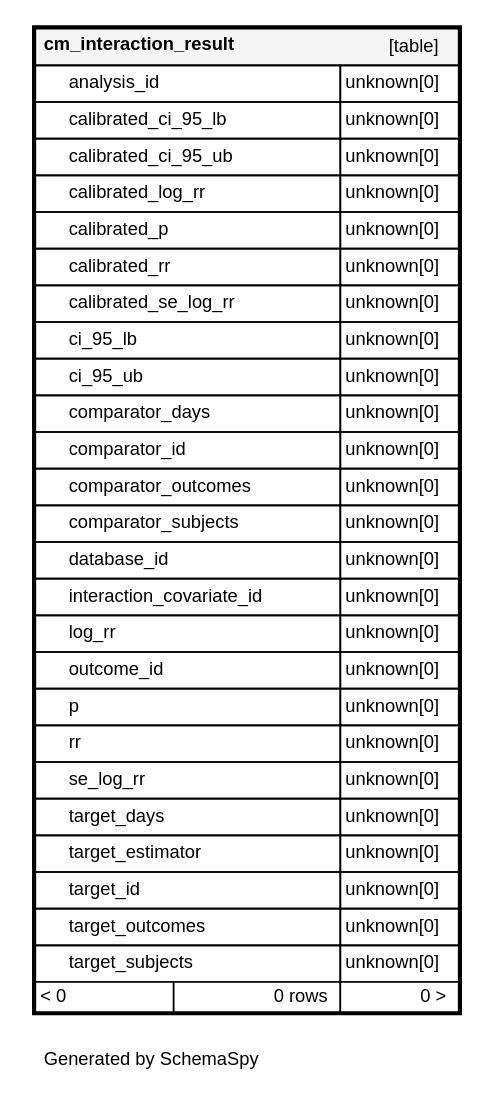
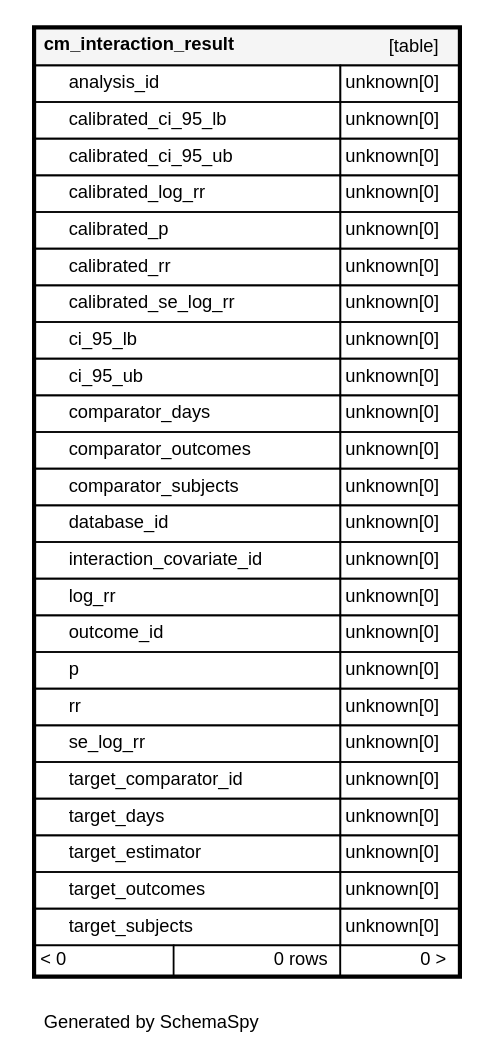
One commit to OHDSI/Strategus changed the diagram in results-schema/diagrams/tables/cm_interaction_result.1degree.dot. Above: the diagram before and after it, drawn with Graphviz. The commit also changed 488 other files, not shown here.

```diff
--- a/results-schema/diagrams/tables/cm_interaction_result.1degree.dot
+++ b/results-schema/diagrams/tables/cm_interaction_result.1degree.dot
@@ -1,38 +1,37 @@
 digraph "oneDegreeRelationshipsDiagram" {
   graph [    rankdir="RL"    bgcolor="#ffffff"    label="\nGenerated by SchemaSpy"    labeljust="l"    nodesep="0.18"    ranksep="0.46"    fontname="Helvetica"    fontsize="11"    ration="compress"  ];  node [    fontname="Helvetica"    fontsize="11"    shape="plaintext"  ];  edge [    arrowsize="0.8"  ];
   "cm_interaction_result" [
    label=<
     <TABLE BORDER="2" CELLBORDER="1" CELLSPACING="0" BGCOLOR="#ffffff">
       <TR><TD COLSPAN="4"  BGCOLOR="#f5f5f5"><TABLE BORDER="0" CELLSPACING="0"><TR><TD ALIGN="LEFT" FIXEDSIZE="TRUE" WIDTH="145" HEIGHT="16"><B>cm_interaction_result</B></TD><TD ALIGN="RIGHT">[table]</TD></TR></TABLE></TD></TR>
       <TR><TD PORT="analysis_id" COLSPAN="2" ALIGN="LEFT"><TABLE BORDER="0" CELLSPACING="0" ALIGN="LEFT"><TR ALIGN="LEFT"><TD ALIGN="LEFT" FIXEDSIZE="TRUE" WIDTH="15" HEIGHT="16"></TD><TD ALIGN="LEFT" FIXEDSIZE="TRUE" WIDTH="162" HEIGHT="16">analysis_id</TD></TR></TABLE></TD><TD PORT="analysis_id.type" ALIGN="LEFT">unknown[0]</TD></TR>
       <TR><TD PORT="calibrated_ci_95_lb" COLSPAN="2" ALIGN="LEFT"><TABLE BORDER="0" CELLSPACING="0" ALIGN="LEFT"><TR ALIGN="LEFT"><TD ALIGN="LEFT" FIXEDSIZE="TRUE" WIDTH="15" HEIGHT="16"></TD><TD ALIGN="LEFT" FIXEDSIZE="TRUE" WIDTH="162" HEIGHT="16">calibrated_ci_95_lb</TD></TR></TABLE></TD><TD PORT="calibrated_ci_95_lb.type" ALIGN="LEFT">unknown[0]</TD></TR>
       <TR><TD PORT="calibrated_ci_95_ub" COLSPAN="2" ALIGN="LEFT"><TABLE BORDER="0" CELLSPACING="0" ALIGN="LEFT"><TR ALIGN="LEFT"><TD ALIGN="LEFT" FIXEDSIZE="TRUE" WIDTH="15" HEIGHT="16"></TD><TD ALIGN="LEFT" FIXEDSIZE="TRUE" WIDTH="162" HEIGHT="16">calibrated_ci_95_ub</TD></TR></TABLE></TD><TD PORT="calibrated_ci_95_ub.type" ALIGN="LEFT">unknown[0]</TD></TR>
       <TR><TD PORT="calibrated_log_rr" COLSPAN="2" ALIGN="LEFT"><TABLE BORDER="0" CELLSPACING="0" ALIGN="LEFT"><TR ALIGN="LEFT"><TD ALIGN="LEFT" FIXEDSIZE="TRUE" WIDTH="15" HEIGHT="16"></TD><TD ALIGN="LEFT" FIXEDSIZE="TRUE" WIDTH="162" HEIGHT="16">calibrated_log_rr</TD></TR></TABLE></TD><TD PORT="calibrated_log_rr.type" ALIGN="LEFT">unknown[0]</TD></TR>
       <TR><TD PORT="calibrated_p" COLSPAN="2" ALIGN="LEFT"><TABLE BORDER="0" CELLSPACING="0" ALIGN="LEFT"><TR ALIGN="LEFT"><TD ALIGN="LEFT" FIXEDSIZE="TRUE" WIDTH="15" HEIGHT="16"></TD><TD ALIGN="LEFT" FIXEDSIZE="TRUE" WIDTH="162" HEIGHT="16">calibrated_p</TD></TR></TABLE></TD><TD PORT="calibrated_p.type" ALIGN="LEFT">unknown[0]</TD></TR>
       <TR><TD PORT="calibrated_rr" COLSPAN="2" ALIGN="LEFT"><TABLE BORDER="0" CELLSPACING="0" ALIGN="LEFT"><TR ALIGN="LEFT"><TD ALIGN="LEFT" FIXEDSIZE="TRUE" WIDTH="15" HEIGHT="16"></TD><TD ALIGN="LEFT" FIXEDSIZE="TRUE" WIDTH="162" HEIGHT="16">calibrated_rr</TD></TR></TABLE></TD><TD PORT="calibrated_rr.type" ALIGN="LEFT">unknown[0]</TD></TR>
       <TR><TD PORT="calibrated_se_log_rr" COLSPAN="2" ALIGN="LEFT"><TABLE BORDER="0" CELLSPACING="0" ALIGN="LEFT"><TR ALIGN="LEFT"><TD ALIGN="LEFT" FIXEDSIZE="TRUE" WIDTH="15" HEIGHT="16"></TD><TD ALIGN="LEFT" FIXEDSIZE="TRUE" WIDTH="162" HEIGHT="16">calibrated_se_log_rr</TD></TR></TABLE></TD><TD PORT="calibrated_se_log_rr.type" ALIGN="LEFT">unknown[0]</TD></TR>
       <TR><TD PORT="ci_95_lb" COLSPAN="2" ALIGN="LEFT"><TABLE BORDER="0" CELLSPACING="0" ALIGN="LEFT"><TR ALIGN="LEFT"><TD ALIGN="LEFT" FIXEDSIZE="TRUE" WIDTH="15" HEIGHT="16"></TD><TD ALIGN="LEFT" FIXEDSIZE="TRUE" WIDTH="162" HEIGHT="16">ci_95_lb</TD></TR></TABLE></TD><TD PORT="ci_95_lb.type" ALIGN="LEFT">unknown[0]</TD></TR>
       <TR><TD PORT="ci_95_ub" COLSPAN="2" ALIGN="LEFT"><TABLE BORDER="0" CELLSPACING="0" ALIGN="LEFT"><TR ALIGN="LEFT"><TD ALIGN="LEFT" FIXEDSIZE="TRUE" WIDTH="15" HEIGHT="16"></TD><TD ALIGN="LEFT" FIXEDSIZE="TRUE" WIDTH="162" HEIGHT="16">ci_95_ub</TD></TR></TABLE></TD><TD PORT="ci_95_ub.type" ALIGN="LEFT">unknown[0]</TD></TR>
       <TR><TD PORT="comparator_days" COLSPAN="2" ALIGN="LEFT"><TABLE BORDER="0" CELLSPACING="0" ALIGN="LEFT"><TR ALIGN="LEFT"><TD ALIGN="LEFT" FIXEDSIZE="TRUE" WIDTH="15" HEIGHT="16"></TD><TD ALIGN="LEFT" FIXEDSIZE="TRUE" WIDTH="162" HEIGHT="16">comparator_days</TD></TR></TABLE></TD><TD PORT="comparator_days.type" ALIGN="LEFT">unknown[0]</TD></TR>
-      <TR><TD PORT="comparator_id" COLSPAN="2" ALIGN="LEFT"><TABLE BORDER="0" CELLSPACING="0" ALIGN="LEFT"><TR ALIGN="LEFT"><TD ALIGN="LEFT" FIXEDSIZE="TRUE" WIDTH="15" HEIGHT="16"></TD><TD ALIGN="LEFT" FIXEDSIZE="TRUE" WIDTH="162" HEIGHT="16">comparator_id</TD></TR></TABLE></TD><TD PORT="comparator_id.type" ALIGN="LEFT">unknown[0]</TD></TR>
       <TR><TD PORT="comparator_outcomes" COLSPAN="2" ALIGN="LEFT"><TABLE BORDER="0" CELLSPACING="0" ALIGN="LEFT"><TR ALIGN="LEFT"><TD ALIGN="LEFT" FIXEDSIZE="TRUE" WIDTH="15" HEIGHT="16"></TD><TD ALIGN="LEFT" FIXEDSIZE="TRUE" WIDTH="162" HEIGHT="16">comparator_outcomes</TD></TR></TABLE></TD><TD PORT="comparator_outcomes.type" ALIGN="LEFT">unknown[0]</TD></TR>
       <TR><TD PORT="comparator_subjects" COLSPAN="2" ALIGN="LEFT"><TABLE BORDER="0" CELLSPACING="0" ALIGN="LEFT"><TR ALIGN="LEFT"><TD ALIGN="LEFT" FIXEDSIZE="TRUE" WIDTH="15" HEIGHT="16"></TD><TD ALIGN="LEFT" FIXEDSIZE="TRUE" WIDTH="162" HEIGHT="16">comparator_subjects</TD></TR></TABLE></TD><TD PORT="comparator_subjects.type" ALIGN="LEFT">unknown[0]</TD></TR>
       <TR><TD PORT="database_id" COLSPAN="2" ALIGN="LEFT"><TABLE BORDER="0" CELLSPACING="0" ALIGN="LEFT"><TR ALIGN="LEFT"><TD ALIGN="LEFT" FIXEDSIZE="TRUE" WIDTH="15" HEIGHT="16"></TD><TD ALIGN="LEFT" FIXEDSIZE="TRUE" WIDTH="162" HEIGHT="16">database_id</TD></TR></TABLE></TD><TD PORT="database_id.type" ALIGN="LEFT">unknown[0]</TD></TR>
       <TR><TD PORT="interaction_covariate_id" COLSPAN="2" ALIGN="LEFT"><TABLE BORDER="0" CELLSPACING="0" ALIGN="LEFT"><TR ALIGN="LEFT"><TD ALIGN="LEFT" FIXEDSIZE="TRUE" WIDTH="15" HEIGHT="16"></TD><TD ALIGN="LEFT" FIXEDSIZE="TRUE" WIDTH="162" HEIGHT="16">interaction_covariate_id</TD></TR></TABLE></TD><TD PORT="interaction_covariate_id.type" ALIGN="LEFT">unknown[0]</TD></TR>
       <TR><TD PORT="log_rr" COLSPAN="2" ALIGN="LEFT"><TABLE BORDER="0" CELLSPACING="0" ALIGN="LEFT"><TR ALIGN="LEFT"><TD ALIGN="LEFT" FIXEDSIZE="TRUE" WIDTH="15" HEIGHT="16"></TD><TD ALIGN="LEFT" FIXEDSIZE="TRUE" WIDTH="162" HEIGHT="16">log_rr</TD></TR></TABLE></TD><TD PORT="log_rr.type" ALIGN="LEFT">unknown[0]</TD></TR>
       <TR><TD PORT="outcome_id" COLSPAN="2" ALIGN="LEFT"><TABLE BORDER="0" CELLSPACING="0" ALIGN="LEFT"><TR ALIGN="LEFT"><TD ALIGN="LEFT" FIXEDSIZE="TRUE" WIDTH="15" HEIGHT="16"></TD><TD ALIGN="LEFT" FIXEDSIZE="TRUE" WIDTH="162" HEIGHT="16">outcome_id</TD></TR></TABLE></TD><TD PORT="outcome_id.type" ALIGN="LEFT">unknown[0]</TD></TR>
       <TR><TD PORT="p" COLSPAN="2" ALIGN="LEFT"><TABLE BORDER="0" CELLSPACING="0" ALIGN="LEFT"><TR ALIGN="LEFT"><TD ALIGN="LEFT" FIXEDSIZE="TRUE" WIDTH="15" HEIGHT="16"></TD><TD ALIGN="LEFT" FIXEDSIZE="TRUE" WIDTH="162" HEIGHT="16">p</TD></TR></TABLE></TD><TD PORT="p.type" ALIGN="LEFT">unknown[0]</TD></TR>
       <TR><TD PORT="rr" COLSPAN="2" ALIGN="LEFT"><TABLE BORDER="0" CELLSPACING="0" ALIGN="LEFT"><TR ALIGN="LEFT"><TD ALIGN="LEFT" FIXEDSIZE="TRUE" WIDTH="15" HEIGHT="16"></TD><TD ALIGN="LEFT" FIXEDSIZE="TRUE" WIDTH="162" HEIGHT="16">rr</TD></TR></TABLE></TD><TD PORT="rr.type" ALIGN="LEFT">unknown[0]</TD></TR>
       <TR><TD PORT="se_log_rr" COLSPAN="2" ALIGN="LEFT"><TABLE BORDER="0" CELLSPACING="0" ALIGN="LEFT"><TR ALIGN="LEFT"><TD ALIGN="LEFT" FIXEDSIZE="TRUE" WIDTH="15" HEIGHT="16"></TD><TD ALIGN="LEFT" FIXEDSIZE="TRUE" WIDTH="162" HEIGHT="16">se_log_rr</TD></TR></TABLE></TD><TD PORT="se_log_rr.type" ALIGN="LEFT">unknown[0]</TD></TR>
+      <TR><TD PORT="target_comparator_id" COLSPAN="2" ALIGN="LEFT"><TABLE BORDER="0" CELLSPACING="0" ALIGN="LEFT"><TR ALIGN="LEFT"><TD ALIGN="LEFT" FIXEDSIZE="TRUE" WIDTH="15" HEIGHT="16"></TD><TD ALIGN="LEFT" FIXEDSIZE="TRUE" WIDTH="162" HEIGHT="16">target_comparator_id</TD></TR></TABLE></TD><TD PORT="target_comparator_id.type" ALIGN="LEFT">unknown[0]</TD></TR>
       <TR><TD PORT="target_days" COLSPAN="2" ALIGN="LEFT"><TABLE BORDER="0" CELLSPACING="0" ALIGN="LEFT"><TR ALIGN="LEFT"><TD ALIGN="LEFT" FIXEDSIZE="TRUE" WIDTH="15" HEIGHT="16"></TD><TD ALIGN="LEFT" FIXEDSIZE="TRUE" WIDTH="162" HEIGHT="16">target_days</TD></TR></TABLE></TD><TD PORT="target_days.type" ALIGN="LEFT">unknown[0]</TD></TR>
       <TR><TD PORT="target_estimator" COLSPAN="2" ALIGN="LEFT"><TABLE BORDER="0" CELLSPACING="0" ALIGN="LEFT"><TR ALIGN="LEFT"><TD ALIGN="LEFT" FIXEDSIZE="TRUE" WIDTH="15" HEIGHT="16"></TD><TD ALIGN="LEFT" FIXEDSIZE="TRUE" WIDTH="162" HEIGHT="16">target_estimator</TD></TR></TABLE></TD><TD PORT="target_estimator.type" ALIGN="LEFT">unknown[0]</TD></TR>
-      <TR><TD PORT="target_id" COLSPAN="2" ALIGN="LEFT"><TABLE BORDER="0" CELLSPACING="0" ALIGN="LEFT"><TR ALIGN="LEFT"><TD ALIGN="LEFT" FIXEDSIZE="TRUE" WIDTH="15" HEIGHT="16"></TD><TD ALIGN="LEFT" FIXEDSIZE="TRUE" WIDTH="162" HEIGHT="16">target_id</TD></TR></TABLE></TD><TD PORT="target_id.type" ALIGN="LEFT">unknown[0]</TD></TR>
       <TR><TD PORT="target_outcomes" COLSPAN="2" ALIGN="LEFT"><TABLE BORDER="0" CELLSPACING="0" ALIGN="LEFT"><TR ALIGN="LEFT"><TD ALIGN="LEFT" FIXEDSIZE="TRUE" WIDTH="15" HEIGHT="16"></TD><TD ALIGN="LEFT" FIXEDSIZE="TRUE" WIDTH="162" HEIGHT="16">target_outcomes</TD></TR></TABLE></TD><TD PORT="target_outcomes.type" ALIGN="LEFT">unknown[0]</TD></TR>
       <TR><TD PORT="target_subjects" COLSPAN="2" ALIGN="LEFT"><TABLE BORDER="0" CELLSPACING="0" ALIGN="LEFT"><TR ALIGN="LEFT"><TD ALIGN="LEFT" FIXEDSIZE="TRUE" WIDTH="15" HEIGHT="16"></TD><TD ALIGN="LEFT" FIXEDSIZE="TRUE" WIDTH="162" HEIGHT="16">target_subjects</TD></TR></TABLE></TD><TD PORT="target_subjects.type" ALIGN="LEFT">unknown[0]</TD></TR>
       <TR><TD ALIGN="LEFT" BGCOLOR="#ffffff">&lt; 0</TD><TD ALIGN="RIGHT" BGCOLOR="#ffffff">0 rows</TD><TD ALIGN="RIGHT" BGCOLOR="#ffffff">0 &gt;</TD></TR>
     </TABLE>>
     URL="../../tables/cm_interaction_result.html"
     target="_top"
     tooltip="cm_interaction_result"
   ];
 }
```
